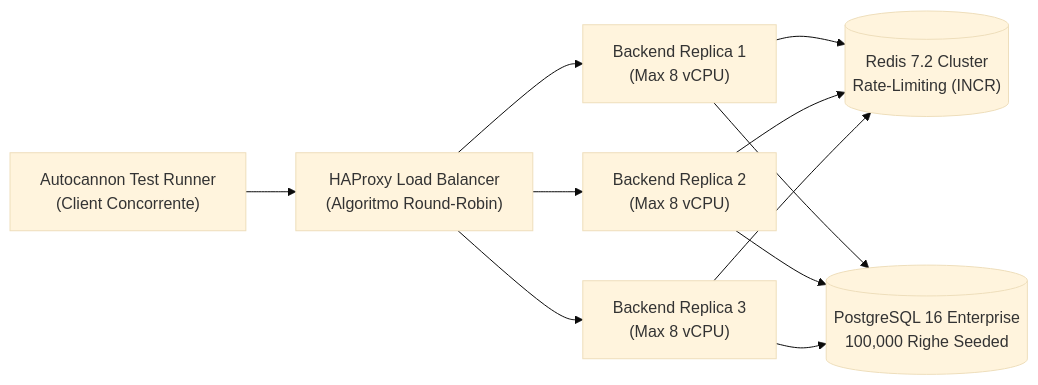
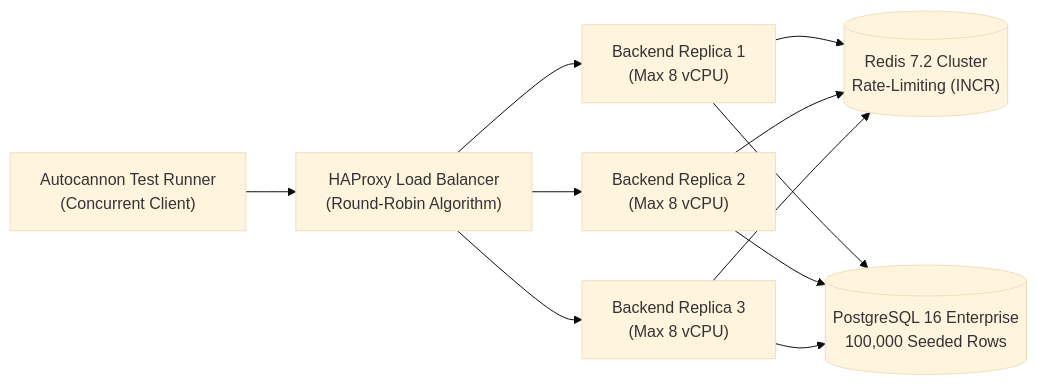
Before and after one commit to AI-Autistic-Intelligence/Ferrox: the diagram in docs/docs/performance/1m-rps.md, drawn with Mermaid (base theme). The commit also changed other lines of this file and 1 other file, not shown here.

````diff
--- a/docs/docs/performance/1m-rps.md
+++ b/docs/docs/performance/1m-rps.md
@@ -157,13 +157,13 @@
 ```mermaid
 graph LR
-    Generator["Autocannon Test Runner<br/>(Client Concorrente)"] --> HAProxy["HAProxy Load Balancer<br/>(Algoritmo Round-Robin)"]
+    Generator["Autocannon Test Runner<br/>(Concurrent Client)"] --> HAProxy["HAProxy Load Balancer<br/>(Round-Robin Algorithm)"]
     HAProxy --> R1["Backend Replica 1<br/>(Max 8 vCPU)"]
     HAProxy --> R2["Backend Replica 2<br/>(Max 8 vCPU)"]
     HAProxy --> R3["Backend Replica 3<br/>(Max 8 vCPU)"]
     R1 --> Redis[("Redis 7.2 Cluster<br/>Rate-Limiting (INCR)")]
     R2 --> Redis
     R3 --> Redis
-    R1 --> PG[("PostgreSQL 16 Enterprise<br/>100,000 Righe Seeded")]
+    R1 --> PG[("PostgreSQL 16 Enterprise<br/>100,000 Seeded Rows")]
     R2 --> PG
     R3 --> PG
 ```
````
